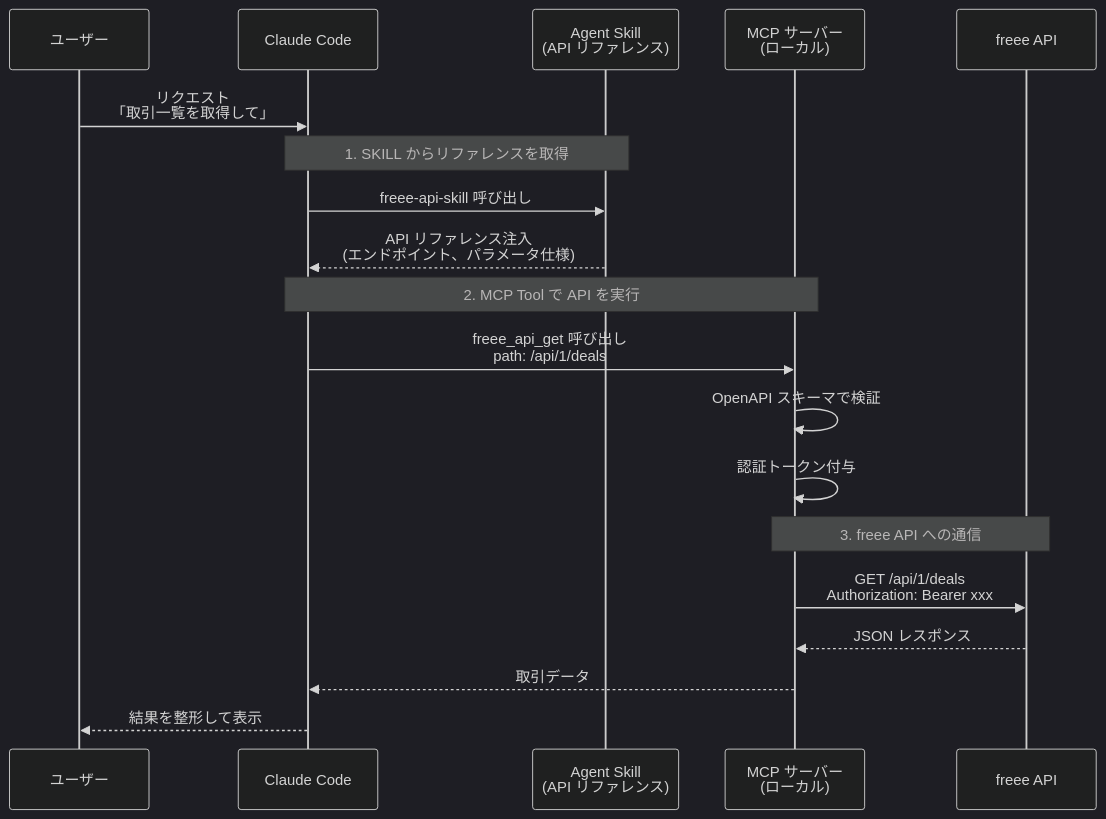
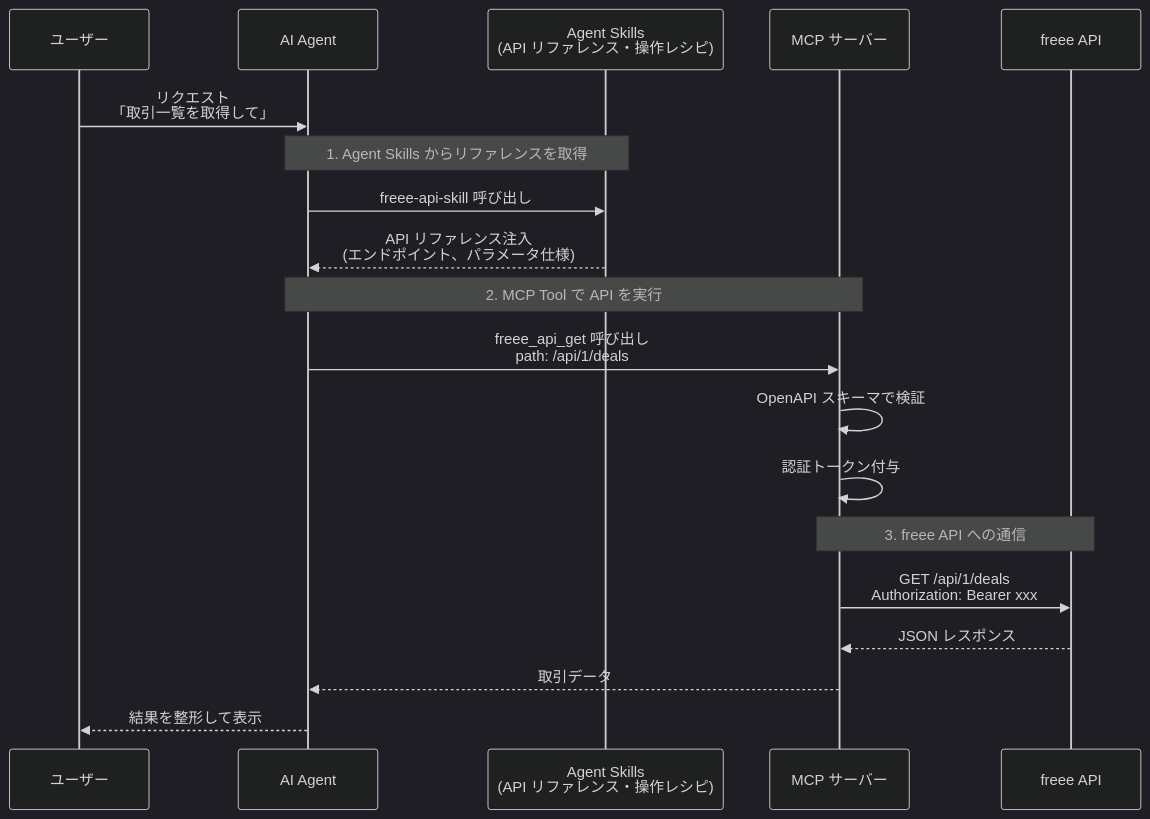
One commit to him0/freee-mcp changed the diagram in README.md. Above: the diagram before and after it, drawn with Mermaid (dark theme). The commit also changed other lines of this file, not shown here.

Commit message:
docs: 通信の流れセクションをAI Agent全般の表現に変更
Claude Code固有の表現をAI Agentに置き換え、
Agent Skillsにレシピが含まれることを反映

````diff
--- a/README.md
+++ b/README.md
@@ -20,26 +20,26 @@
 ```mermaid
 sequenceDiagram
     participant User as ユーザー
-    participant Claude as Claude Code
-    participant Skill as Agent Skill<br/>(API リファレンス)
-    participant MCP as MCP サーバー<br/>(ローカル)
+    participant Agent as AI Agent
+    participant Skill as Agent Skills<br/>(API リファレンス・操作レシピ)
+    participant MCP as MCP サーバー
     participant API as freee API
 
-    User->>Claude: リクエスト<br/>「取引一覧を取得して」
+    User->>Agent: リクエスト<br/>「取引一覧を取得して」
 
-    Note over Claude,Skill: 1. SKILL からリファレンスを取得
-    Claude->>Skill: freee-api-skill 呼び出し
-    Skill-->>Claude: API リファレンス注入<br/>(エンドポイント、パラメータ仕様)
+    Note over Agent,Skill: 1. Agent Skills からリファレンスを取得
+    Agent->>Skill: freee-api-skill 呼び出し
+    Skill-->>Agent: API リファレンス注入<br/>(エンドポイント、パラメータ仕様)
 
-    Note over Claude,MCP: 2. MCP Tool で API を実行
-    Claude->>MCP: freee_api_get 呼び出し<br/>path: /api/1/deals
+    Note over Agent,MCP: 2. MCP Tool で API を実行
+    Agent->>MCP: freee_api_get 呼び出し<br/>path: /api/1/deals
     MCP->>MCP: OpenAPI スキーマで検証
     MCP->>MCP: 認証トークン付与
 
     Note over MCP,API: 3. freee API への通信
     MCP->>API: GET /api/1/deals<br/>Authorization: Bearer xxx
     API-->>MCP: JSON レスポンス
 
-    MCP-->>Claude: 取引データ
-    Claude-->>User: 結果を整形して表示
+    MCP-->>Agent: 取引データ
+    Agent-->>User: 結果を整形して表示
 ```
````
